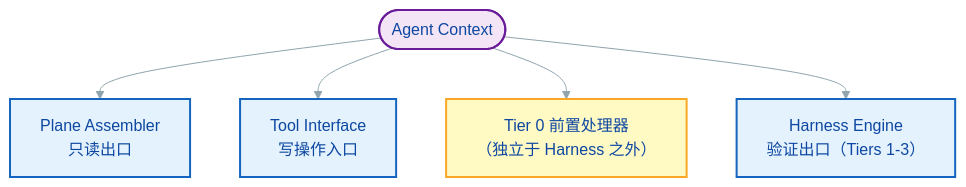
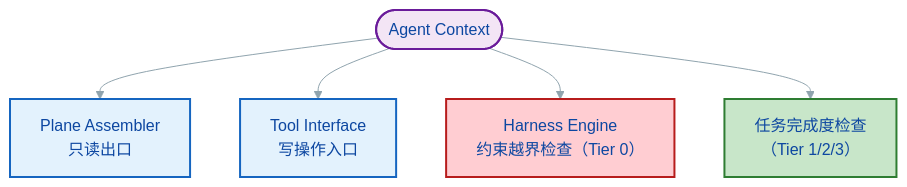
Diagram 12 of 13 in docs/spec.md (Lazyn0tBug/mem0ress), drawn with Mermaid before and after one commit. The commit also changed other lines of this file, not shown here.

First line of the commit message:
refactor(spec): 重建 Tier 0 语义——after-turn 自动触发，属于 Harness；Tier 1/2/3 剥离为任务完成度检查

````diff
--- a/docs/spec.md
+++ b/docs/spec.md
@@ -778,23 +779,25 @@
 ```mermaid
 %% label：三模块边界
 %%{ init: { 'theme': 'base', 'themeVariables': { 'primaryColor': '#e3f2fd', 'primaryTextColor': '#0d47a1', 'primaryBorderColor': '#1565c0', 'lineColor': '#90a4ae', 'fontFamily': 'arial' } } }%%
 graph TB
     Agent(["Agent Context"])
 
     PA["Plane Assembler<br>只读出口"]
     TI["Tool Interface<br>写操作入口"]
-    HE["Harness Engine<br>验证出口（Tiers 1-3）"]
-    T0["Tier 0 前置处理器<br>（独立于 Harness 之外）"]
+    HE["Harness Engine<br>约束越界检查（Tier 0）"]
+    VC["任务完成度检查<br>（Tier 1/2/3）"]
 
     Agent --> PA
     Agent --> TI
-    Agent --> T0
     Agent --> HE
+    Agent --> VC
 
     classDef mod fill:#e3f2fd,stroke:#1565c0,stroke-width:2px;
     classDef agent fill:#f3e5f5,stroke:#6a1b9a,stroke-width:2px;
-    classDef t0 fill:#fff9c4,stroke:#f9a825,stroke-width:2px;
-    class PA,TI,HE mod;
+    classDef harness fill:#ffcdd2,stroke:#b71c1c,stroke-width:2px;
+    classDef verify fill:#c8e6c9,stroke:#2e7d32,stroke-width:2px;
+    class PA,TI mod;
     class Agent agent;
-    class T0 t0;
+    class HE harness;
+    class VC verify;
 ```
````
